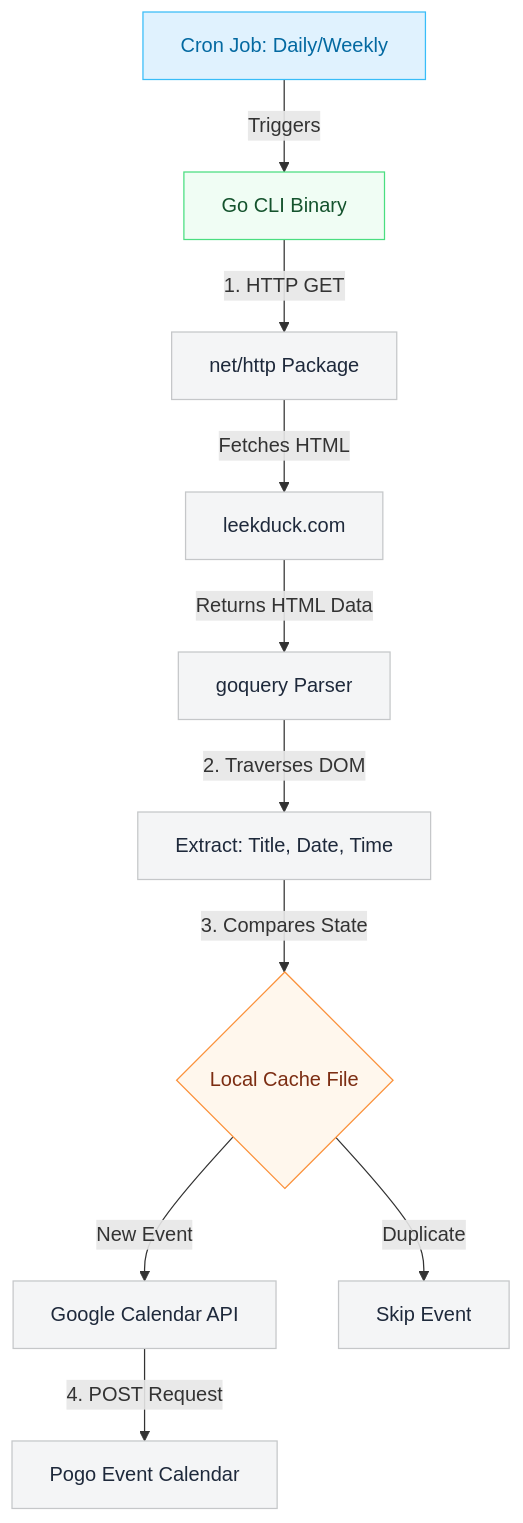
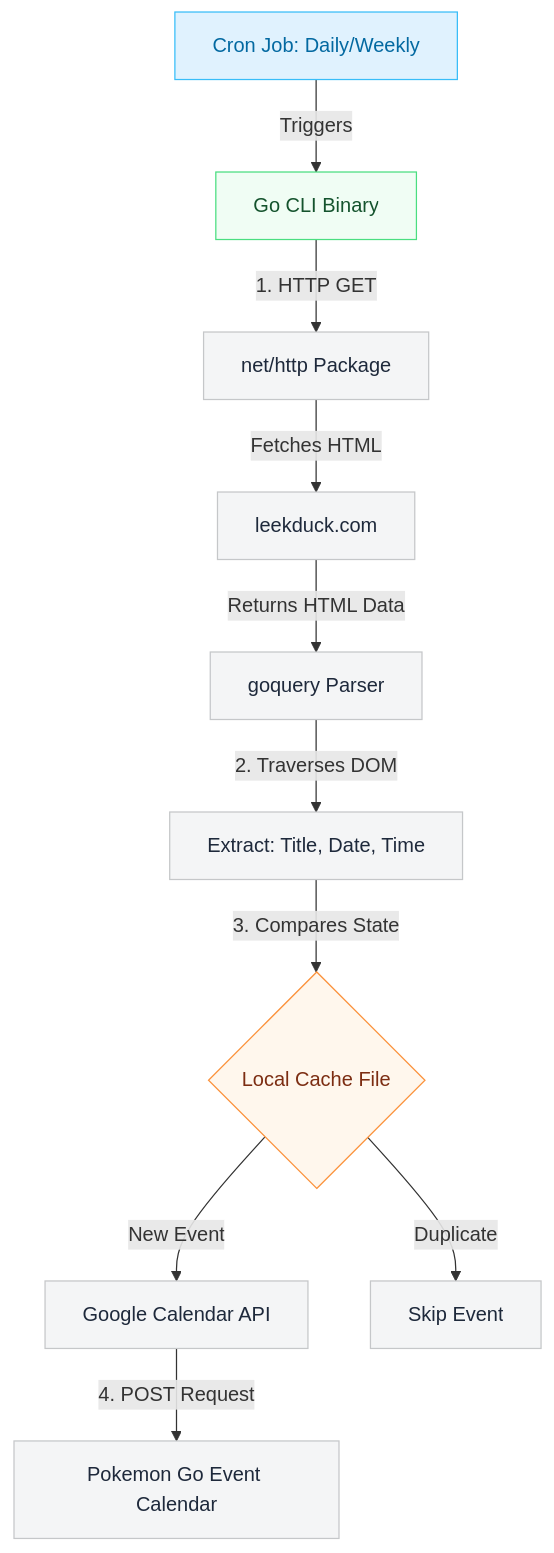
One commit to Hydrohaven/pogo-event-cal changed the diagram in README.md. Above: the diagram before and after it, drawn with Mermaid. The commit also changed 2 other files, not shown here.

Commit message:
feat: added cache logic

````diff
--- a/README.md
+++ b/README.md
@@ -5,29 +5,29 @@
 ```mermaid
 graph TD
     %% Trigger Mechanism
     Cron[Cron Job: Daily/Weekly] -->|Triggers| App[Go CLI Binary]
 
     %% Ingestion Layer
     App -->|1. HTTP GET| NetHTTP[net/http Package]
     NetHTTP -->|Fetches HTML| LeekDuck[leekduck.com]
     LeekDuck -->|Returns HTML Data| GoQuery[goquery Parser]
     
     %% Processing Layer
     GoQuery -->|2. Traverses DOM| Extract[Extract: Title, Date, Time]
     Extract -->|3. Compares State| Cache{Local Cache File}
     
     %% Output Layer
     Cache -->|New Event| GCal[Google Calendar API]
     Cache -->|Duplicate| Skip[Skip Event]
-    GCal -->|4. POST Request| Calendar[Pogo Event Calendar]
+    GCal -->|4. POST Request| Calendar[Pokemon Go Event Calendar]
     
     %% Subtle/Professional Styling
     classDef default fill:#f4f5f6,stroke:#c5c7c9,stroke-width:1px,color:#1e293b;
     classDef trigger fill:#e0f2fe,stroke:#38bdf8,stroke-width:1px,color:#0369a1;
     classDef core fill:#f0fdf4,stroke:#4ade80,stroke-width:1px,color:#14532d;
     classDef logic fill:#fff7ed,stroke:#fb923c,stroke-width:1px,color:#7c2d12;
     
     class Cron trigger;
     class App core;
     class Cache logic;
 ```
````
